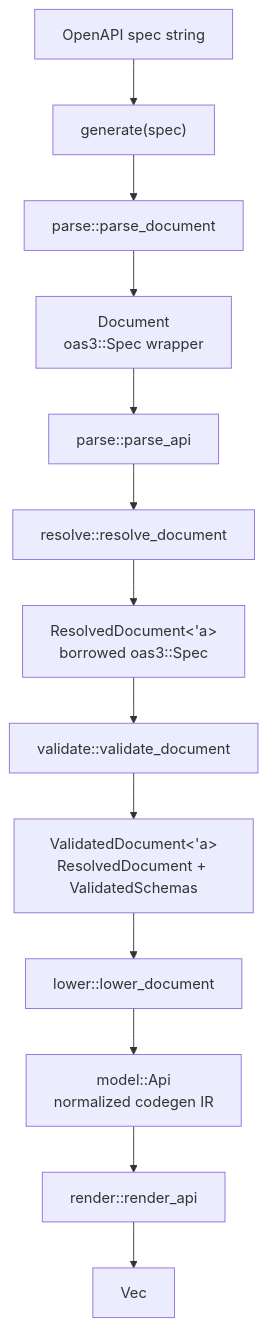
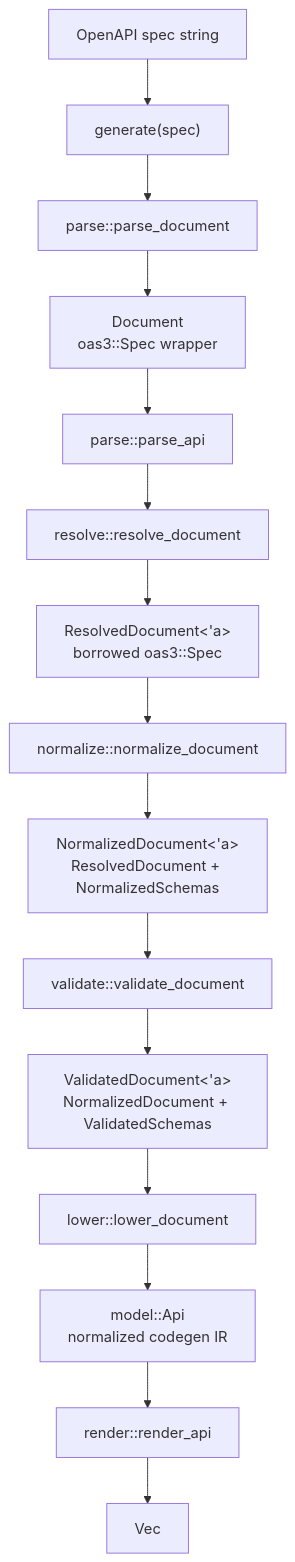
Before and after one commit to zeon256/satay-rs: the first of 7 diagrams in ARCHITECTURE.md, drawn with Mermaid. The commit also changed other lines of this file and 9 other files, not shown here.

Commit message:
feat: normalize schema

````diff
--- a/ARCHITECTURE.md
+++ b/ARCHITECTURE.md
@@ -11,15 +11,17 @@
 ```mermaid
 flowchart TD
     spec["OpenAPI spec string"] --> generate["generate(spec)"]
     generate --> parseDocument["parse::parse_document"]
     parseDocument --> document["Document<br/>oas3::Spec wrapper"]
     document --> parseApi["parse::parse_api"]
     parseApi --> resolve["resolve::resolve_document"]
     resolve --> resolved["ResolvedDocument<'a><br/>borrowed oas3::Spec"]
-    resolved --> validate["validate::validate_document"]
-    validate --> validated["ValidatedDocument<'a><br/>ResolvedDocument + ValidatedSchemas"]
+    resolved --> normalize["normalize::normalize_document"]
+    normalize --> normalized["NormalizedDocument<'a><br/>ResolvedDocument + NormalizedSchemas"]
+    normalized --> validate["validate::validate_document"]
+    validate --> validated["ValidatedDocument<'a><br/>NormalizedDocument + ValidatedSchemas"]
     validated --> lower["lower::lower_document"]
     lower --> model["model::Api<br/>normalized codegen IR"]
     model --> render["render::render_api"]
     render --> files["Vec<GeneratedFile>"]
 ```
````
